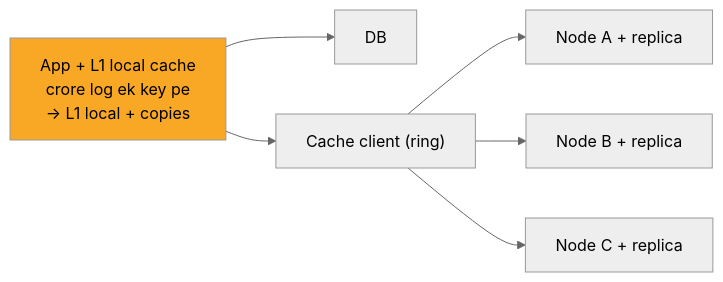
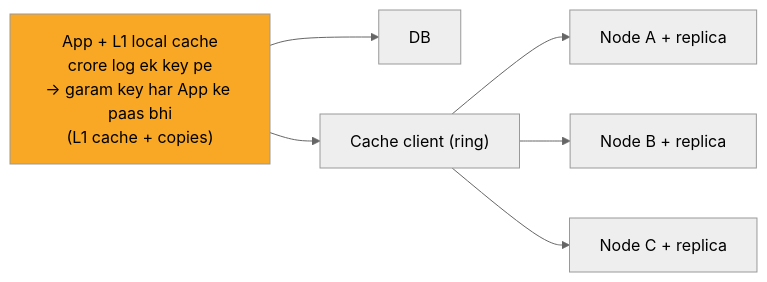
Before and after one commit to ArpanMaheshwari144/Prep: the seventh of 8 diagrams in 04_HLD/SYSTEM_DESIGNS/10_distributed_cache/10_distributed_cache.md, drawn with Mermaid (neutral theme). The commit also changed other lines of this file and 13 other files, not shown here.

````diff
--- a/04_HLD/SYSTEM_DESIGNS/10_distributed_cache/10_distributed_cache.md
+++ b/04_HLD/SYSTEM_DESIGNS/10_distributed_cache/10_distributed_cache.md
@@ -271,15 +271,15 @@
 ```mermaid
 flowchart LR
-    n_App_L1_local_cache["App + L1 local cache<br/>crore log ek key pe<br/>-> L1 local + copies"]
+    n_App_L1_local_cache["App + L1 local cache<br/>crore log ek key pe<br/>-> garam key har App ke paas bhi<br/>(L1 cache + copies)"]
     n_DB["DB"]
     n_Cache_client["Cache client (ring)"]
     n_Node_A_replica["Node A + replica"]
     n_Node_B_replica["Node B + replica"]
     n_Node_C_replica["Node C + replica"]
     n_App_L1_local_cache --> n_DB
     n_App_L1_local_cache --> n_Cache_client
     n_Cache_client --> n_Node_A_replica
     n_Cache_client --> n_Node_B_replica
     n_Cache_client --> n_Node_C_replica
     style n_App_L1_local_cache fill:#f9a825,color:#000
 ```
````
